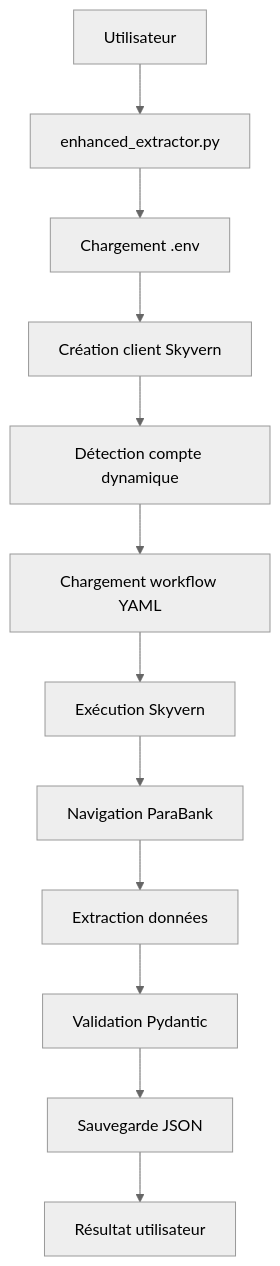
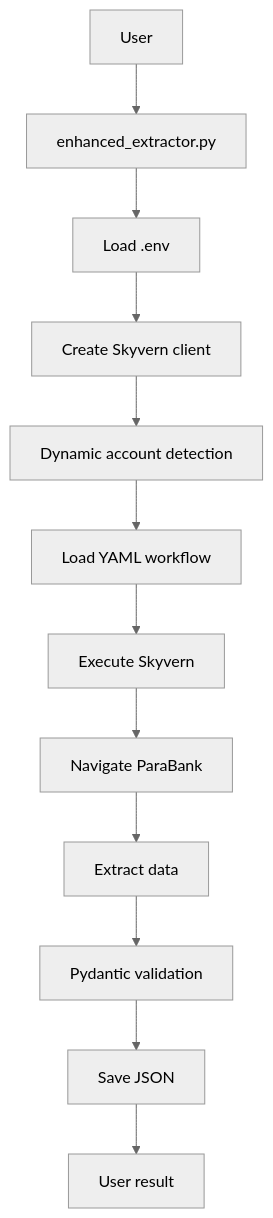
The diagram in TECHNICAL_GUIDE.md (MedDhiee/AI-Bank-Data-Extraction-POC-with-Skyvern), drawn with Mermaid (neutral theme) before and after one commit. The commit also changed other lines of this file, not shown here.

````diff
--- a/TECHNICAL_GUIDE.md
+++ b/TECHNICAL_GUIDE.md
@@ -35,14 +35,14 @@
 ```mermaid
 graph TD
-    A[Utilisateur] --> B[enhanced_extractor.py]
-    B --> C[Chargement .env]
-    C --> D[Création client Skyvern]
-    D --> E[Détection compte dynamique]
-    E --> F[Chargement workflow YAML]
-    F --> G[Exécution Skyvern]
-    G --> H[Navigation ParaBank]
-    H --> I[Extraction données]
-    I --> J[Validation Pydantic]
-    J --> K[Sauvegarde JSON]
-    K --> L[Résultat utilisateur]
+    A[User] --> B[enhanced_extractor.py]
+    B --> C[Load .env]
+    C --> D[Create Skyvern client]
+    D --> E[Dynamic account detection]
+    E --> F[Load YAML workflow]
+    F --> G[Execute Skyvern]
+    G --> H[Navigate ParaBank]
+    H --> I[Extract data]
+    I --> J[Pydantic validation]
+    J --> K[Save JSON]
+    K --> L[User result]
 ```
````
